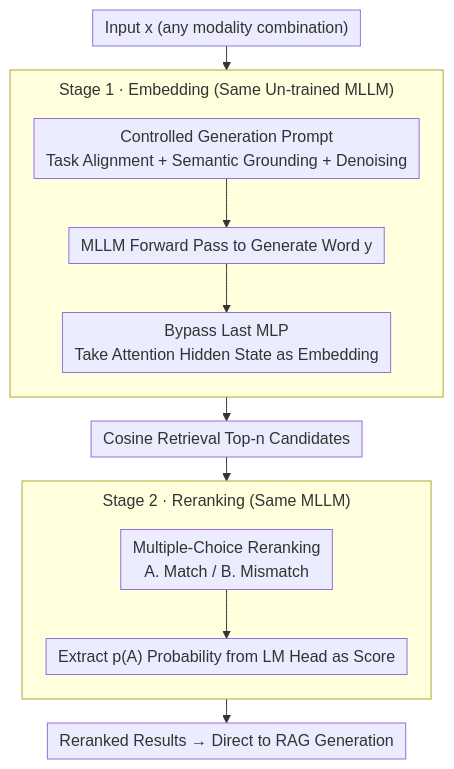
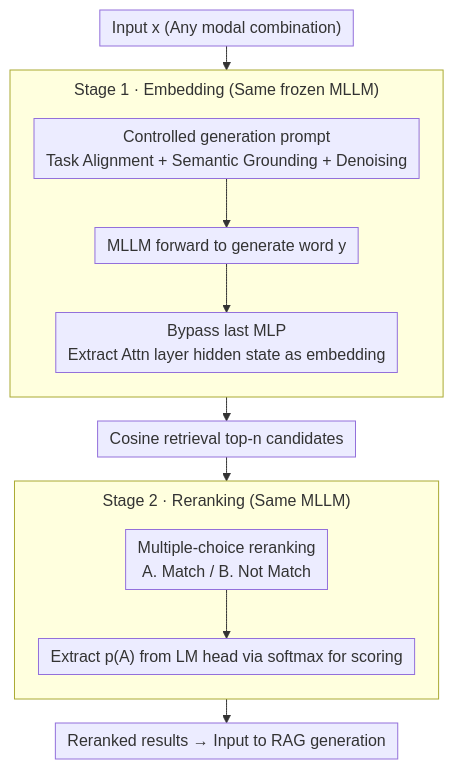
One commit to zhaoyang97/Paper-Notes-en changed the diagram in docs/ICML2026/multimodal_vlm/freeret_mllms_as_training-free_retrievers.md. Above: the diagram before and after it, drawn with Mermaid. The commit also changed other lines of this file and 5084 other files, not shown here.

````diff
--- a/docs/ICML2026/multimodal_vlm/freeret_mllms_as_training-free_retrievers.md
+++ b/docs/ICML2026/multimodal_vlm/freeret_mllms_as_training-free_retrievers.md
@@ -43,18 +43,18 @@
 ```mermaid
 %%{init: {'flowchart': {'rankSpacing': 24, 'nodeSpacing': 28, 'padding': 6, 'wrappingWidth': 400, 'subGraphTitleMargin': {'top': 8, 'bottom': 16}}}}%%
 flowchart TD
-    IN["Input x (any modality combination)"]
-    subgraph S1["Stage 1 · Embedding (Same Un-trained MLLM)"]
+    IN["Input x (Any modal combination)"]
+    subgraph S1["Stage 1 · Embedding (Same frozen MLLM)"]
         direction TB
-        P["Controlled Generation Prompt<br/>Task Alignment + Semantic Grounding + Denoising"] --> GEN["MLLM Forward Pass to Generate Word y"]
-        GEN --> EXT["Bypass Last MLP<br/>Take Attention Hidden State as Embedding"]
+        P["Controlled generation prompt<br/>Task Alignment + Semantic Grounding + Denoising"] --> GEN["MLLM forward to generate word y"]
+        GEN --> EXT["Bypass last MLP<br/>Extract Attn layer hidden state as embedding"]
     end
     IN --> P
-    EXT --> REC["Cosine Retrieval Top-n Candidates"]
+    EXT --> REC["Cosine retrieval top-n candidates"]
     subgraph S2["Stage 2 · Reranking (Same MLLM)"]
         direction TB
-        MCQ["Multiple-Choice Reranking<br/>A. Match / B. Mismatch"] --> SCORE["Extract p(A) Probability from LM Head as Score"]
+        MCQ["Multiple-choice reranking<br/>A. Match / B. Not Match"] --> SCORE["Extract p(A) from LM head via softmax for scoring"]
     end
     REC --> MCQ
-    SCORE --> OUT["Reranked Results → Direct to RAG Generation"]
+    SCORE --> OUT["Reranked results → Input to RAG generation"]
 ```
````
